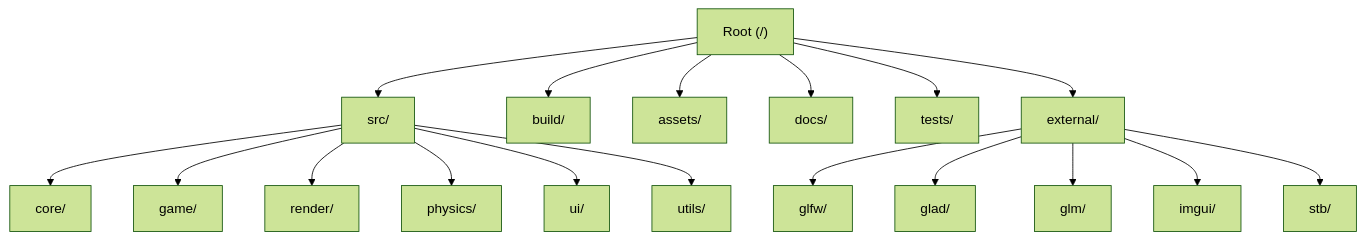
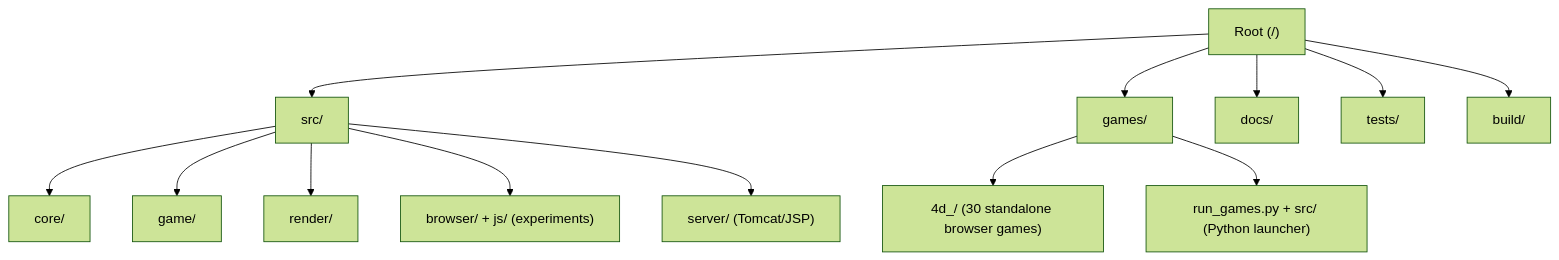
Before and after one commit to docxology/QuadCraft: the second of 2 diagrams in docs/development/setup_guide.md, drawn with Mermaid (forest theme). The commit also changed other lines of this file and 61 other files, not shown here.

````diff
--- a/docs/development/setup_guide.md
+++ b/docs/development/setup_guide.md
@@ -91,22 +91,17 @@
 ```mermaid
 graph TD
     Root["Root (/)"] --> Src["src/"]
-    Root --> Build["build/"]
-    Root --> Assets["assets/"]
+    Root --> Games["games/"]
     Root --> Docs["docs/"]
     Root --> Tests["tests/"]
-    Root --> External["external/"]
-    
+    Root --> Build["build/"]
+
     Src --> Core["core/"]
     Src --> Game["game/"]
     Src --> Render["render/"]
-    Src --> Physics["physics/"]
-    Src --> UI["ui/"]
-    Src --> Utils["utils/"]
-    
-    External --> GLFW["glfw/"]
-    External --> GLAD["glad/"]
-    External --> GLM["glm/"]
-    External --> ImGui["imgui/"]
-    External --> STB["stb/"]
+    Src --> Browser["browser/ + js/ (experiments)"]
+    Src --> Server["server/ (Tomcat/JSP)"]
+
+    Games --> GameDirs["4d_<game>/ (30 standalone browser games)"]
+    Games --> Launcher["run_games.py + src/ (Python launcher)"]
 ```
````
